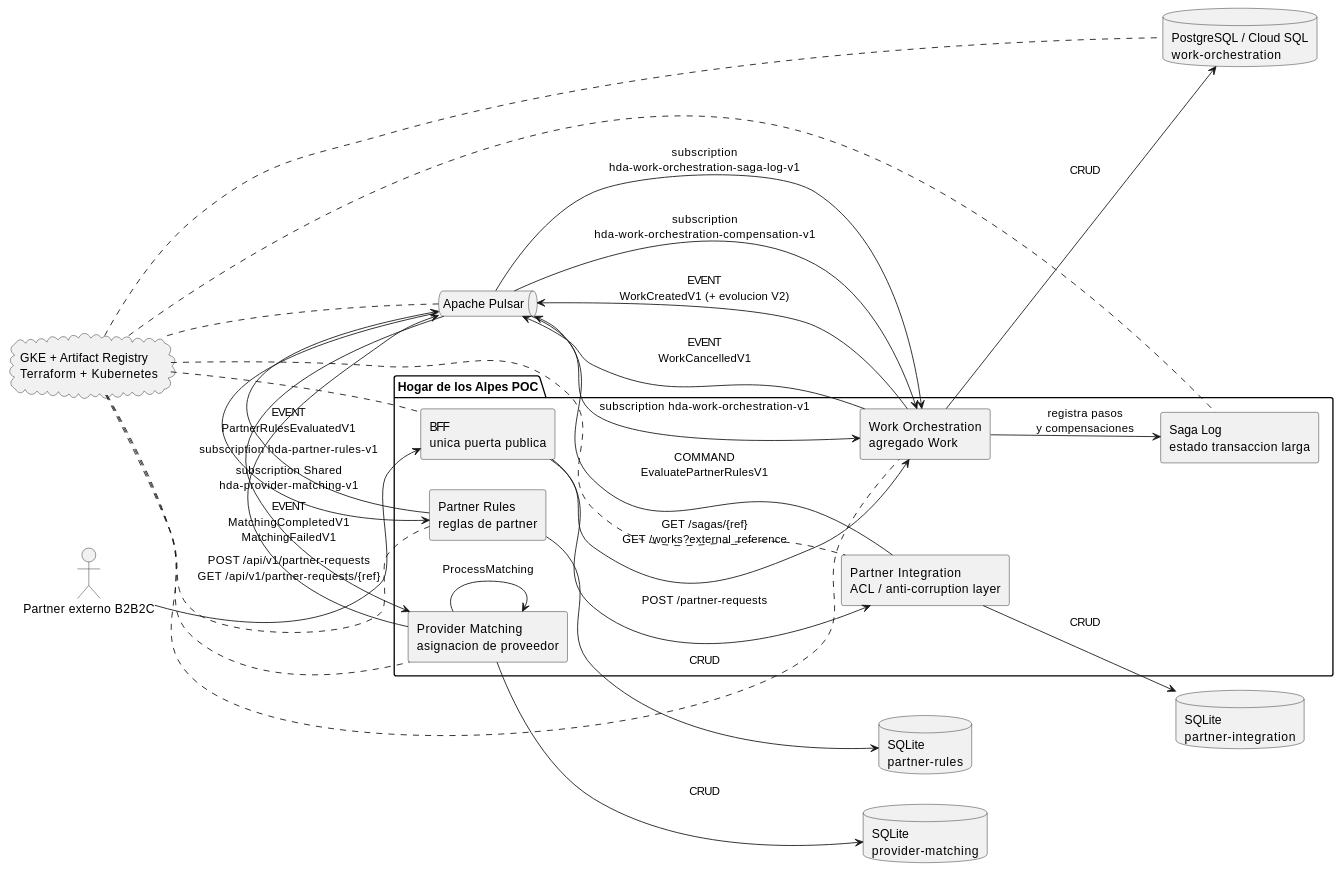
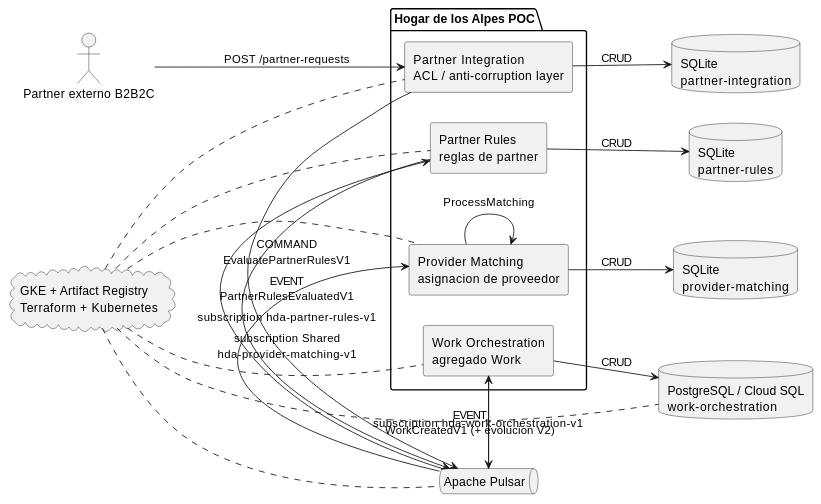
Before and after one commit to dso-uniandes/apps-no-monoliticas: the diagram in entrega-4/docs/architecture.md, drawn with PlantUML. The commit also changed 304 other files, not shown here.

````diff
--- a/entrega-4/docs/architecture.md
+++ b/entrega-4/docs/architecture.md
@@ -5,53 +5,42 @@
 ```plantuml
 @startuml
 left to right direction
 skinparam componentStyle rectangle
 
 actor "Partner externo B2B2C" as Partner
 
 package "Hogar de los Alpes POC" {
-  [BFF\nunica puerta publica] as BFF
   [Partner Integration\nACL / anti-corruption layer] as PI
   [Partner Rules\nreglas de partner] as PR
   [Work Orchestration\nagregado Work] as WO
   [Provider Matching\nasignacion de proveedor] as PM
-  [Saga Log\nestado transaccion larga] as SL
 }
 
 queue "Apache Pulsar" as Pulsar
 database "SQLite\npartner-integration" as PIDB
 database "SQLite\npartner-rules" as PRDB
 database "PostgreSQL / Cloud SQL\nwork-orchestration" as DB
 database "SQLite\nprovider-matching" as PMDB
 cloud "GKE + Artifact Registry\nTerraform + Kubernetes" as GCP
 
-Partner --> BFF : POST /api/v1/partner-requests\nGET /api/v1/partner-requests/{ref}
-BFF --> PI : POST /partner-requests
-BFF --> WO : GET /sagas/{ref}\nGET /works?external_reference
+Partner --> PI : POST /partner-requests
 PI --> PIDB : CRUD
 PI --> Pulsar : COMMAND\nEvaluatePartnerRulesV1
 Pulsar --> PR : subscription hda-partner-rules-v1
 PR --> PRDB : CRUD
 PR --> Pulsar : EVENT\nPartnerRulesEvaluatedV1
 Pulsar --> WO : subscription hda-work-orchestration-v1
 WO --> DB : CRUD
 WO --> Pulsar : EVENT\nWorkCreatedV1 (+ evolucion V2)
 Pulsar --> PM : subscription Shared\nhda-provider-matching-v1
 PM --> PMDB : CRUD
 PM --> PM : ProcessMatching
-PM --> Pulsar : EVENT\nMatchingCompletedV1\nMatchingFailedV1
-Pulsar --> WO : subscription\nhda-work-orchestration-saga-log-v1
-Pulsar --> WO : subscription\nhda-work-orchestration-compensation-v1
-WO --> Pulsar : EVENT\nWorkCancelledV1
-WO --> SL : registra pasos\ny compensaciones
 
-GCP .. BFF
 GCP .. PI
 GCP .. PR
 GCP .. WO
 GCP .. PM
 GCP .. Pulsar
 GCP .. DB
-GCP .. SL
 @enduml
 ```
````
